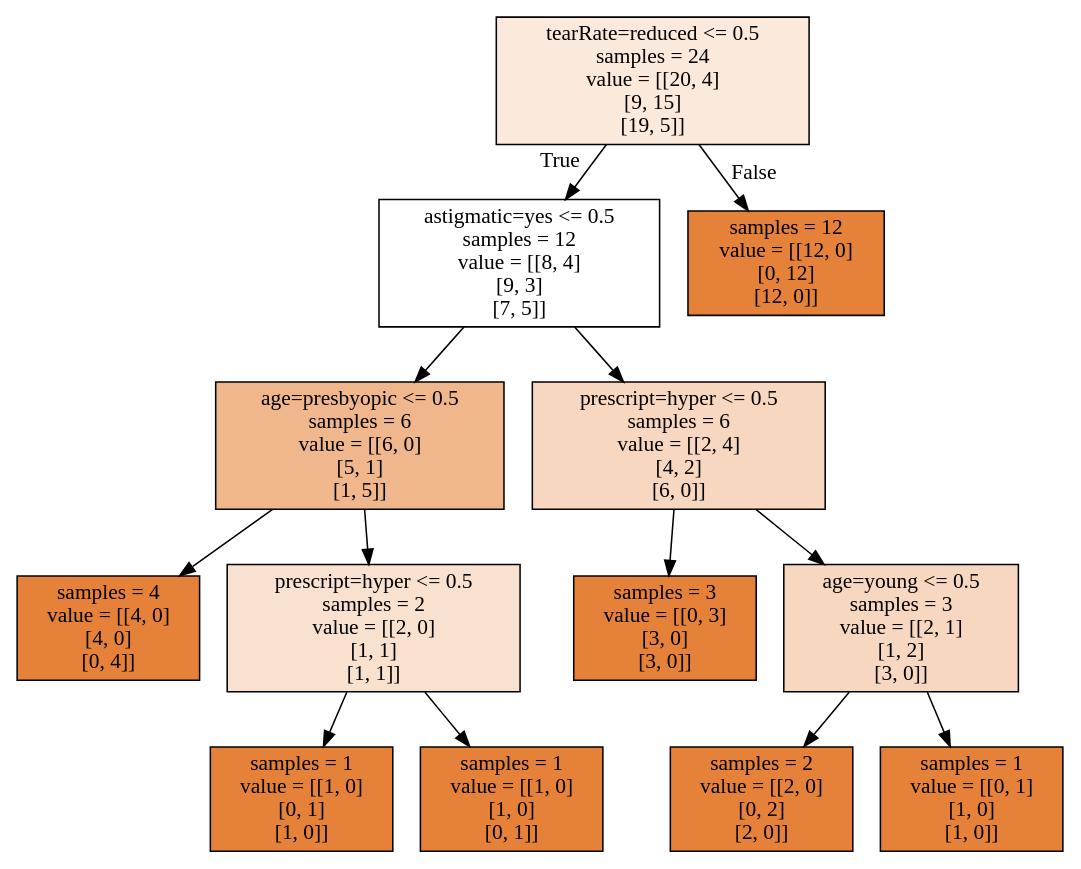
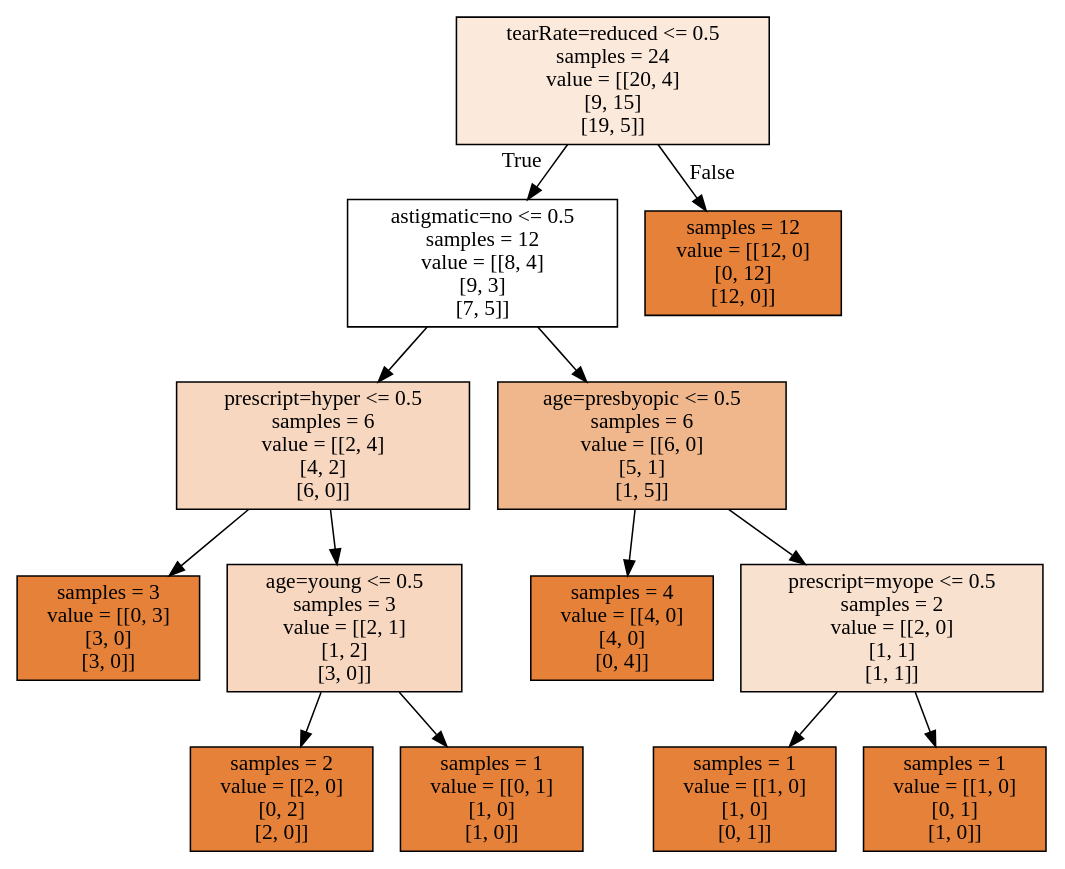
One commit to NianLi71/MLinAction_MyCodes changed the diagram in chapter_3_DecisionTree/tree.dot. Above: the diagram before and after it, drawn with Graphviz. The commit also changed 3 other files, not shown here.

```diff
--- a/chapter_3_DecisionTree/tree.dot
+++ b/chapter_3_DecisionTree/tree.dot
@@ -1,28 +1,28 @@
 digraph Tree {
 node [shape=box, style="filled", color="black"] ;
 0 [label="tearRate=reduced <= 0.5\nsamples = 24\nvalue = [[20, 4]\n[9, 15]\n[19, 5]]", fillcolor="#e581392d"] ;
-1 [label="astigmatic=yes <= 0.5\nsamples = 12\nvalue = [[8, 4]\n[9, 3]\n[7, 5]]", fillcolor="#e5813900"] ;
+1 [label="astigmatic=no <= 0.5\nsamples = 12\nvalue = [[8, 4]\n[9, 3]\n[7, 5]]", fillcolor="#e5813900"] ;
 0 -> 1 [labeldistance=2.5, labelangle=45, headlabel="True"] ;
-2 [label="age=presbyopic <= 0.5\nsamples = 6\nvalue = [[6, 0]\n[5, 1]\n[1, 5]]", fillcolor="#e5813992"] ;
+2 [label="prescript=hyper <= 0.5\nsamples = 6\nvalue = [[2, 4]\n[4, 2]\n[6, 0]]", fillcolor="#e5813951"] ;
 1 -> 2 ;
-3 [label="samples = 4\nvalue = [[4, 0]\n[4, 0]\n[0, 4]]", fillcolor="#e58139ff"] ;
+3 [label="samples = 3\nvalue = [[0, 3]\n[3, 0]\n[3, 0]]", fillcolor="#e58139ff"] ;
 2 -> 3 ;
-4 [label="prescript=hyper <= 0.5\nsamples = 2\nvalue = [[2, 0]\n[1, 1]\n[1, 1]]", fillcolor="#e581393c"] ;
+4 [label="age=young <= 0.5\nsamples = 3\nvalue = [[2, 1]\n[1, 2]\n[3, 0]]", fillcolor="#e5813951"] ;
 2 -> 4 ;
-5 [label="samples = 1\nvalue = [[1, 0]\n[0, 1]\n[1, 0]]", fillcolor="#e58139ff"] ;
+5 [label="samples = 2\nvalue = [[2, 0]\n[0, 2]\n[2, 0]]", fillcolor="#e58139ff"] ;
 4 -> 5 ;
-6 [label="samples = 1\nvalue = [[1, 0]\n[1, 0]\n[0, 1]]", fillcolor="#e58139ff"] ;
+6 [label="samples = 1\nvalue = [[0, 1]\n[1, 0]\n[1, 0]]", fillcolor="#e58139ff"] ;
 4 -> 6 ;
-7 [label="prescript=hyper <= 0.5\nsamples = 6\nvalue = [[2, 4]\n[4, 2]\n[6, 0]]", fillcolor="#e5813951"] ;
+7 [label="age=presbyopic <= 0.5\nsamples = 6\nvalue = [[6, 0]\n[5, 1]\n[1, 5]]", fillcolor="#e5813992"] ;
 1 -> 7 ;
-8 [label="samples = 3\nvalue = [[0, 3]\n[3, 0]\n[3, 0]]", fillcolor="#e58139ff"] ;
+8 [label="samples = 4\nvalue = [[4, 0]\n[4, 0]\n[0, 4]]", fillcolor="#e58139ff"] ;
 7 -> 8 ;
-9 [label="age=young <= 0.5\nsamples = 3\nvalue = [[2, 1]\n[1, 2]\n[3, 0]]", fillcolor="#e5813951"] ;
+9 [label="prescript=myope <= 0.5\nsamples = 2\nvalue = [[2, 0]\n[1, 1]\n[1, 1]]", fillcolor="#e581393c"] ;
 7 -> 9 ;
-10 [label="samples = 2\nvalue = [[2, 0]\n[0, 2]\n[2, 0]]", fillcolor="#e58139ff"] ;
+10 [label="samples = 1\nvalue = [[1, 0]\n[1, 0]\n[0, 1]]", fillcolor="#e58139ff"] ;
 9 -> 10 ;
-11 [label="samples = 1\nvalue = [[0, 1]\n[1, 0]\n[1, 0]]", fillcolor="#e58139ff"] ;
+11 [label="samples = 1\nvalue = [[1, 0]\n[0, 1]\n[1, 0]]", fillcolor="#e58139ff"] ;
 9 -> 11 ;
 12 [label="samples = 12\nvalue = [[12, 0]\n[0, 12]\n[12, 0]]", fillcolor="#e58139ff"] ;
 0 -> 12 [labeldistance=2.5, labelangle=-45, headlabel="False"] ;
 }
```
